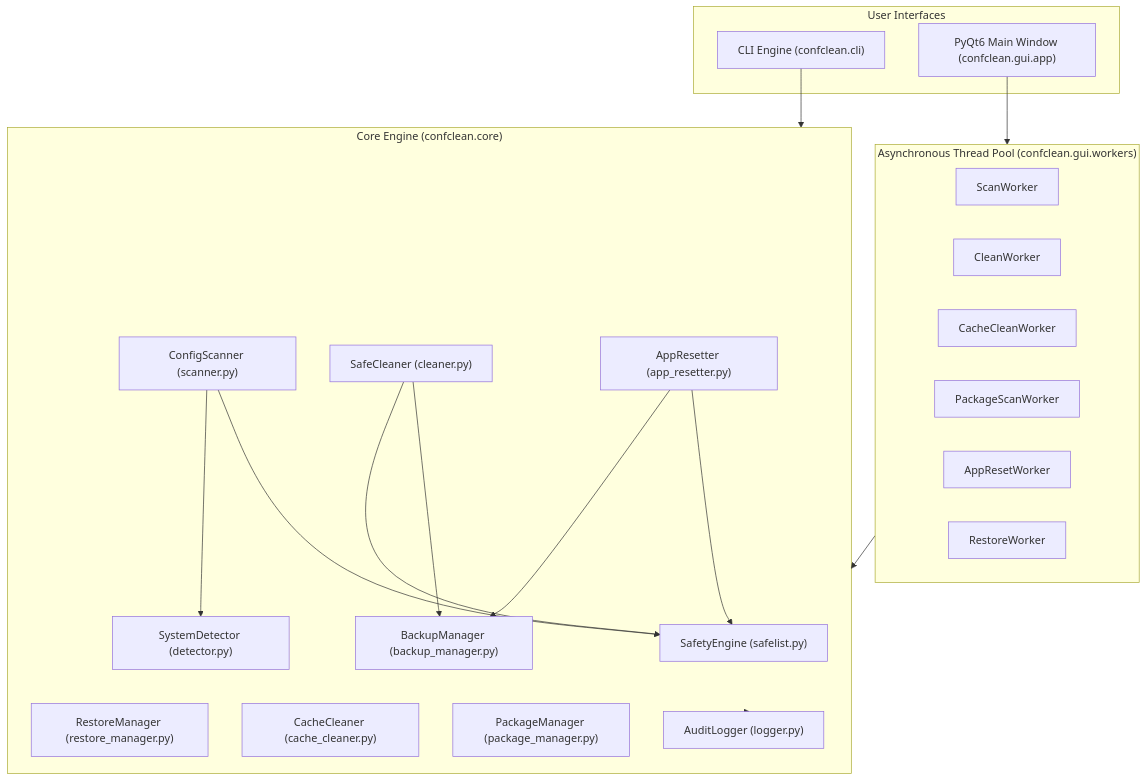
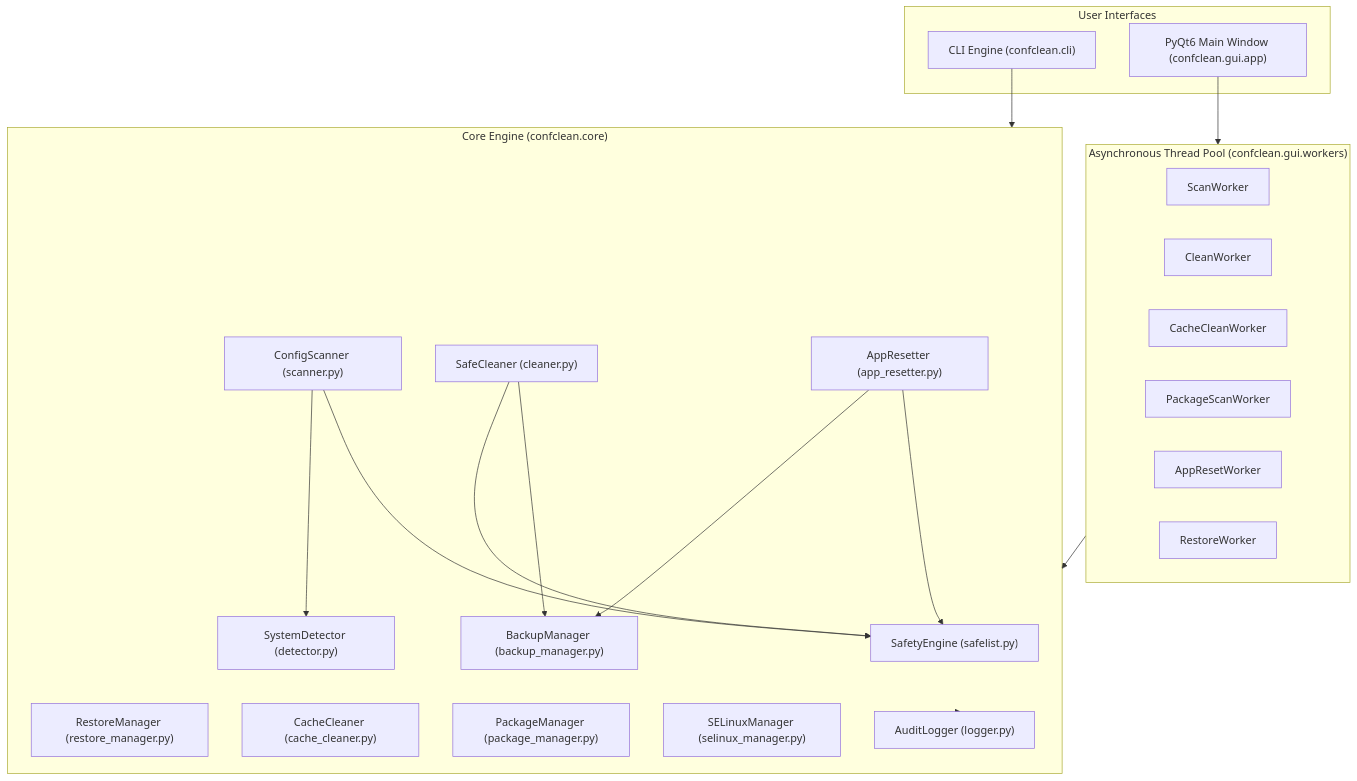
Before and after one commit to turajbjt/confCleanFc: the first of 3 diagrams in docs/ARCHITECTURE.md, drawn with Mermaid. The commit also changed 14 other files, not shown here.

````diff
--- a/docs/ARCHITECTURE.md
+++ b/docs/ARCHITECTURE.md
@@ -14,40 +14,41 @@
 ```mermaid
 flowchart TD
     subgraph UI ["User Interfaces"]
         CLI["CLI Engine (confclean.cli)"]
         GUI["PyQt6 Main Window (confclean.gui.app)"]
     end
 
     subgraph Workers ["Asynchronous Thread Pool (confclean.gui.workers)"]
         ScanWorker["ScanWorker"]
         CleanWorker["CleanWorker"]
         CacheCleanWorker["CacheCleanWorker"]
         PackageScanWorker["PackageScanWorker"]
         AppResetWorker["AppResetWorker"]
         RestoreWorker["RestoreWorker"]
     end
 
     subgraph Core ["Core Engine (confclean.core)"]
         Safety["SafetyEngine (safelist.py)"]
         Detector["SystemDetector (detector.py)"]
         Scanner["ConfigScanner (scanner.py)"]
         Cleaner["SafeCleaner (cleaner.py)"]
         Backup["BackupManager (backup_manager.py)"]
         Restore["RestoreManager (restore_manager.py)"]
         Cache["CacheCleaner (cache_cleaner.py)"]
         PkgMgr["PackageManager (package_manager.py)"]
+        SELinux["SELinuxManager (selinux_manager.py)"]
         AppReset["AppResetter (app_resetter.py)"]
         Logger["AuditLogger (logger.py)"]
     end
 
     GUI --> Workers
     Workers --> Core
     CLI --> Core
     Cleaner --> Safety
     Cleaner --> Backup
     Scanner --> Detector
     Scanner --> Safety
     AppReset --> Backup
     AppReset --> Safety
     Core --> Logger
 ```
````
